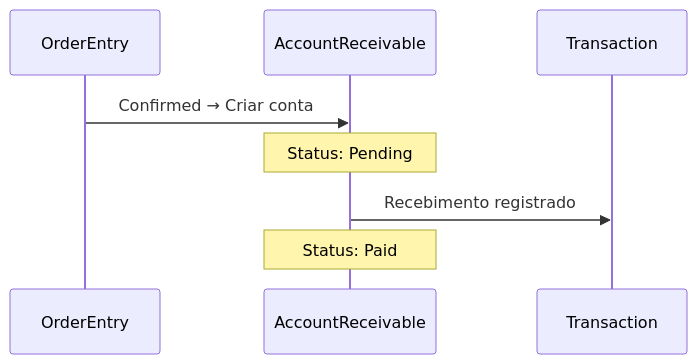
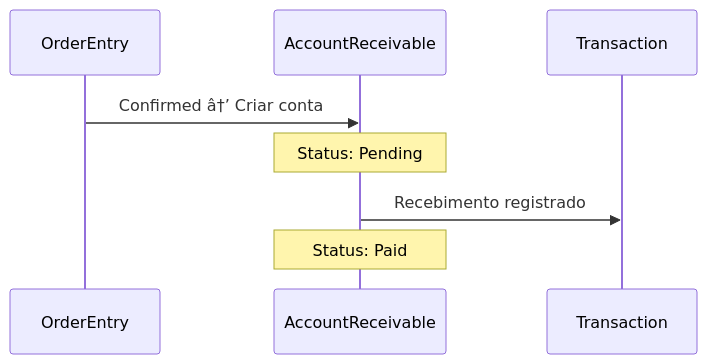
One commit to igor-spalenza/GesN changed the seventh of 7 diagrams in GesN.Web/Context/DOMAIN CONTEXTS/DOMAIN_GUIDE.md. Above: the diagram before and after it, drawn with Mermaid. The commit also changed other lines of this file and 93 other files, not shown here.

````diff
--- a/GesN.Web/Context/DOMAIN CONTEXTS/DOMAIN_GUIDE.md
+++ b/GesN.Web/Context/DOMAIN CONTEXTS/DOMAIN_GUIDE.md
@@ -1262,12 +1262,12 @@
 ```mermaid
 sequenceDiagram
     participant OE as OrderEntry
     participant AR as AccountReceivable
     participant T as Transaction
     
-    OE->>AR: Confirmed → Criar conta
+    OE->>AR: Confirmed â†’ Criar conta
     Note over AR: Status: Pending
     
     AR->>T: Recebimento registrado
     Note over AR: Status: Paid
 ```
````
